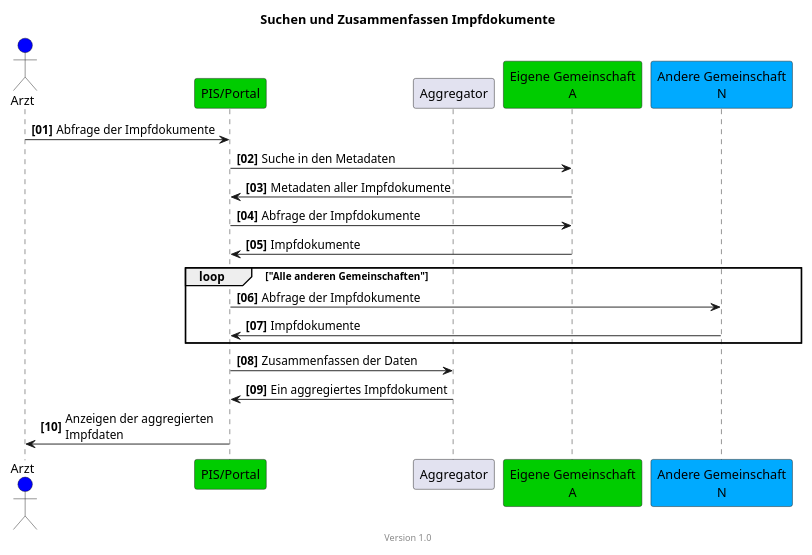
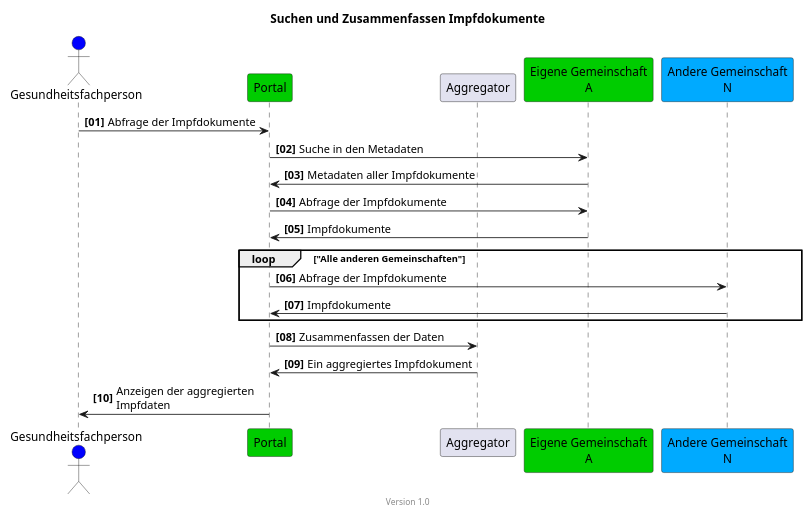
One commit to hl7ch/ch-vacd changed the diagram in input/images-source/epd-find-all-vaccination-docs-simple-de.plantuml. Above: the diagram before and after it, drawn with PlantUML. The commit also changed 12 other files, not shown here.

```diff
--- a/input/images-source/epd-find-all-vaccination-docs-simple-de.plantuml
+++ b/input/images-source/epd-find-all-vaccination-docs-simple-de.plantuml
@@ -1,32 +1,32 @@
 @startuml
 title Suchen und Zusammenfassen Impfdokumente
 footer Version 1.0
 skinparam responseMessageBelowArrow true
 scale max 800 width
 
-actor Arzt #blue
-participant "PIS/Portal" #00CC00
+actor Gesundheitsfachperson #blue
+participant "Portal" #00CC00
 participant "Aggregator"
 
 participant "Eigene Gemeinschaft\nA" #00CC00
 
 participant "Andere Gemeinschaft\nN" #00aaff
 
 
 autonumber "<b>[00]"
-Arzt -> "PIS/Portal": Abfrage der Impfdokumente
-"PIS/Portal" -> "Eigene Gemeinschaft\nA": Suche in den Metadaten
-"Eigene Gemeinschaft\nA" -> "PIS/Portal": Metadaten aller Impfdokumente
-"PIS/Portal" -> "Eigene Gemeinschaft\nA": Abfrage der Impfdokumente
-"Eigene Gemeinschaft\nA" -> "PIS/Portal": Impfdokumente
+Gesundheitsfachperson -> "Portal": Abfrage der Impfdokumente
+"Portal" -> "Eigene Gemeinschaft\nA": Suche in den Metadaten
+"Eigene Gemeinschaft\nA" -> "Portal": Metadaten aller Impfdokumente
+"Portal" -> "Eigene Gemeinschaft\nA": Abfrage der Impfdokumente
+"Eigene Gemeinschaft\nA" -> "Portal": Impfdokumente
 
 loop "Alle anderen Gemeinschaften"
-"PIS/Portal" -> "Andere Gemeinschaft\nN": Abfrage der Impfdokumente
-"Andere Gemeinschaft\nN" -> "PIS/Portal": Impfdokumente
+"Portal" -> "Andere Gemeinschaft\nN": Abfrage der Impfdokumente
+"Andere Gemeinschaft\nN" -> "Portal": Impfdokumente
 end
 
-"PIS/Portal" -> "Aggregator": Zusammenfassen der Daten
-"Aggregator" ->  "PIS/Portal": Ein aggregiertes Impfdokument
-"PIS/Portal" -> Arzt: Anzeigen der aggregierten\nImpfdaten
+"Portal" -> "Aggregator": Zusammenfassen der Daten
+"Aggregator" ->  "Portal": Ein aggregiertes Impfdokument
+"Portal" -> Gesundheitsfachperson: Anzeigen der aggregierten\nImpfdaten
 
 @enduml
```
